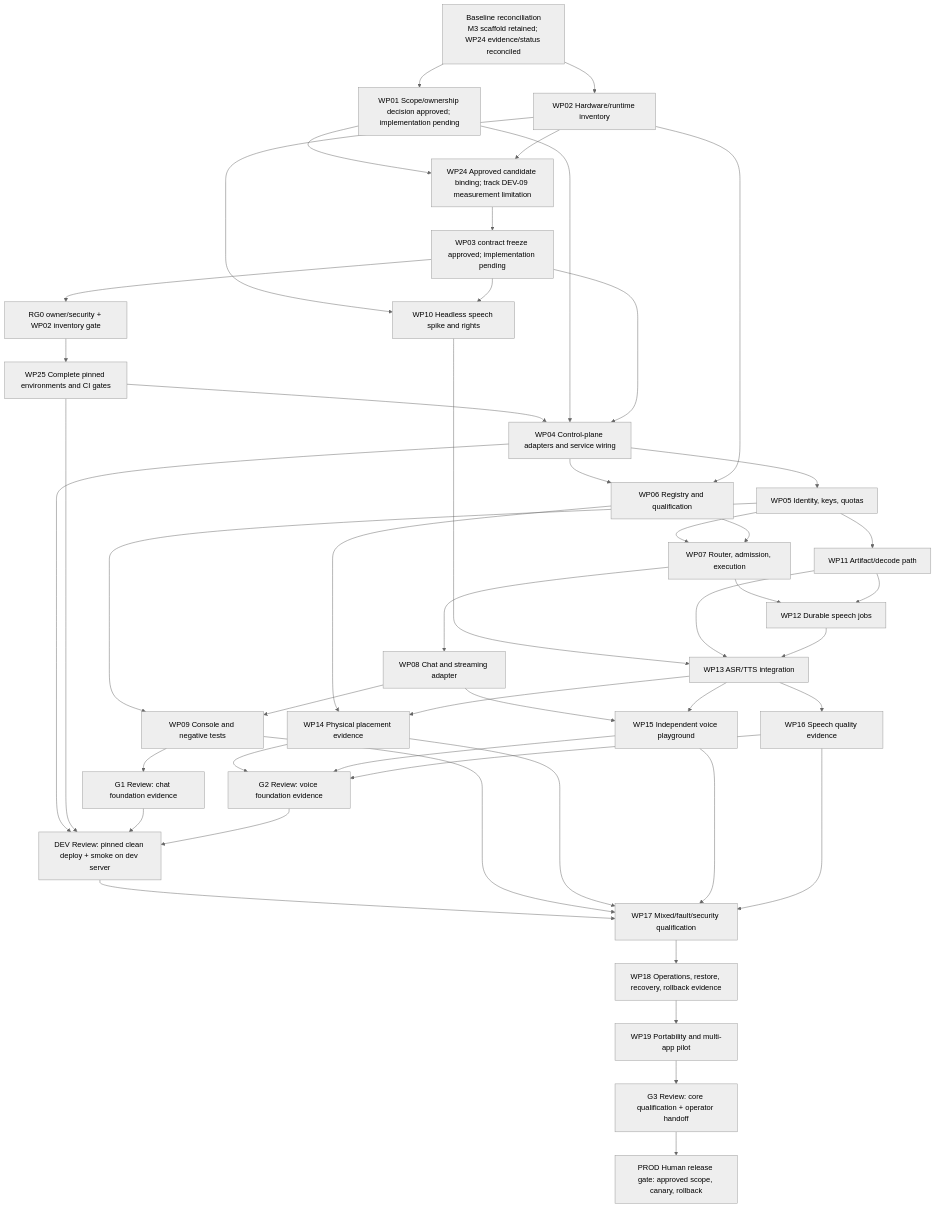
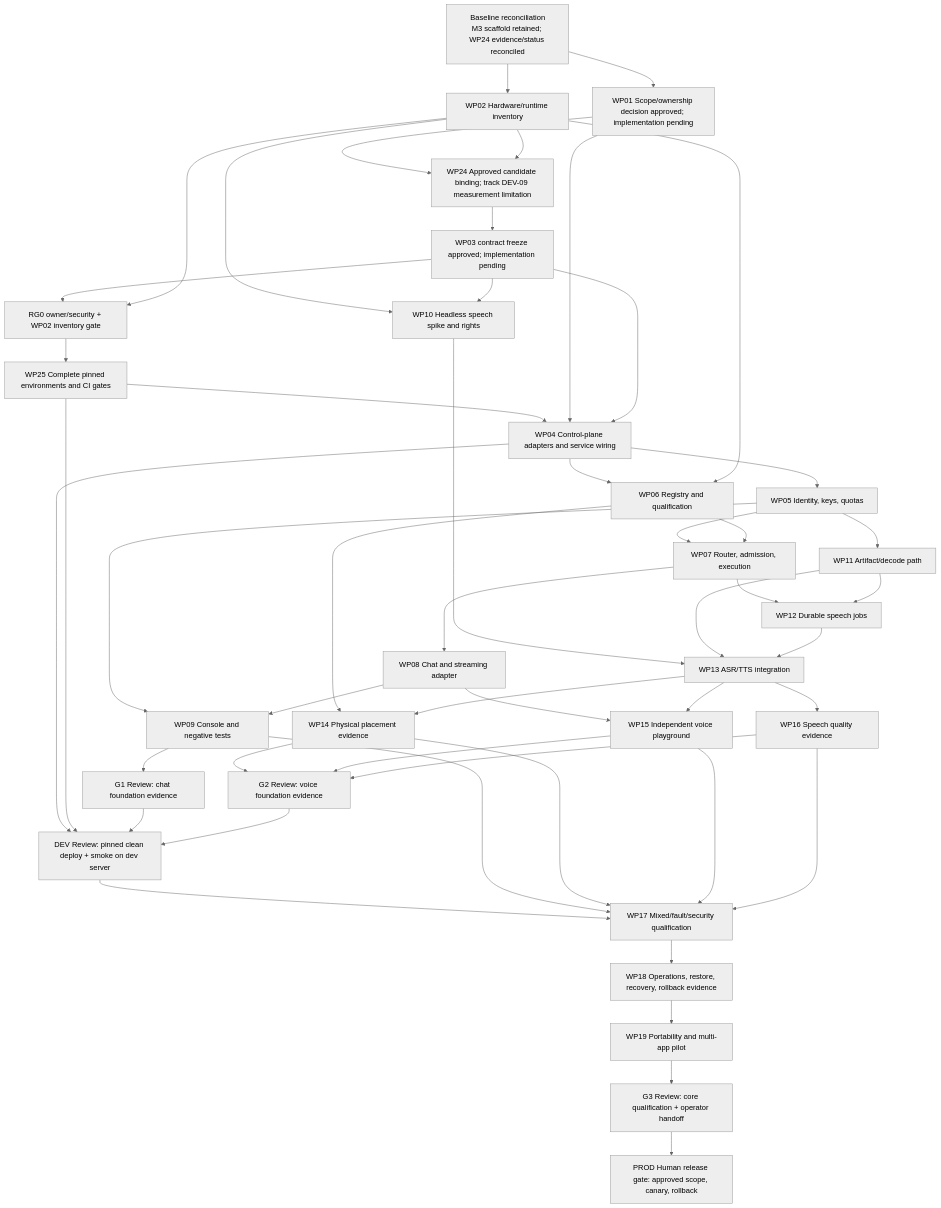
The diagram in docs/EXECUTION-DAG-PRP.md (Freshair129/Private-Runtime-Platform), drawn with Mermaid (neutral theme) before and after one commit. The commit also changed other lines of this file and 8 other files, not shown here.

````diff
--- a/docs/EXECUTION-DAG-PRP.md
+++ b/docs/EXECUTION-DAG-PRP.md
@@ -39,80 +39,81 @@
 ```mermaid
 flowchart TD
   BASE["Baseline reconciliation<br/>M3 scaffold retained; WP24 evidence/status reconciled"]
   WP01["WP01 Scope/ownership decision approved; implementation pending"]
   WP02["WP02 Hardware/runtime inventory"]
   WP24["WP24 Approved candidate binding; track DEV-09 measurement limitation"]
   WP03["WP03 contract freeze approved; implementation pending"]
   RG0["RG0 owner/security + WP02 inventory gate"]
   WP25["WP25 Complete pinned environments and CI gates"]
   WP04["WP04 Control-plane adapters and service wiring"]
   WP05["WP05 Identity, keys, quotas"]
   WP06["WP06 Registry and qualification"]
   WP07["WP07 Router, admission, execution"]
   WP08["WP08 Chat and streaming adapter"]
   WP09["WP09 Console and negative tests"]
   WP10["WP10 Headless speech spike and rights"]
   WP11["WP11 Artifact/decode path"]
   WP12["WP12 Durable speech jobs"]
   WP13["WP13 ASR/TTS integration"]
   WP14["WP14 Physical placement evidence"]
   WP15["WP15 Independent voice playground"]
   WP16["WP16 Speech quality evidence"]
   G1["G1 Review: chat foundation evidence"]
   G2["G2 Review: voice foundation evidence"]
   DEV["DEV Review: pinned clean deploy + smoke on dev server"]
   WP17["WP17 Mixed/fault/security qualification"]
   WP18["WP18 Operations, restore, recovery, rollback evidence"]
   WP19["WP19 Portability and multi-app pilot"]
   G3["G3 Review: core qualification + operator handoff"]
   PROD["PROD Human release gate: approved scope, canary, rollback"]
 
   BASE --> WP01
   BASE --> WP02
   WP01 --> WP24
   WP02 --> WP24
   WP24 --> WP03
   WP03 --> RG0
+  WP02 --> RG0
   RG0 --> WP25
   WP25 --> WP04
   WP01 --> WP04
   WP03 --> WP04
   WP04 --> WP05
   WP04 --> WP06
   WP02 --> WP06
   WP02 --> WP10
   WP03 --> WP10
   WP05 --> WP07
   WP06 --> WP07
   WP05 --> WP11
   WP07 --> WP08
   WP05 --> WP09
   WP08 --> WP09
   WP07 --> WP12
   WP11 --> WP12
   WP10 --> WP13
   WP11 --> WP13
   WP12 --> WP13
   WP06 --> WP14
   WP13 --> WP14
   WP08 --> WP15
   WP13 --> WP15
   WP13 --> WP16
   WP09 --> G1
   WP14 --> G2
   WP15 --> G2
   WP16 --> G2
   WP04 --> DEV
   WP25 --> DEV
   G1 --> DEV
   G2 --> DEV
   DEV --> WP17
   WP09 --> WP17
   WP14 --> WP17
   WP15 --> WP17
   WP16 --> WP17
   WP17 --> WP18
   WP18 --> WP19
   WP19 --> G3
   G3 --> PROD
 ```
````
